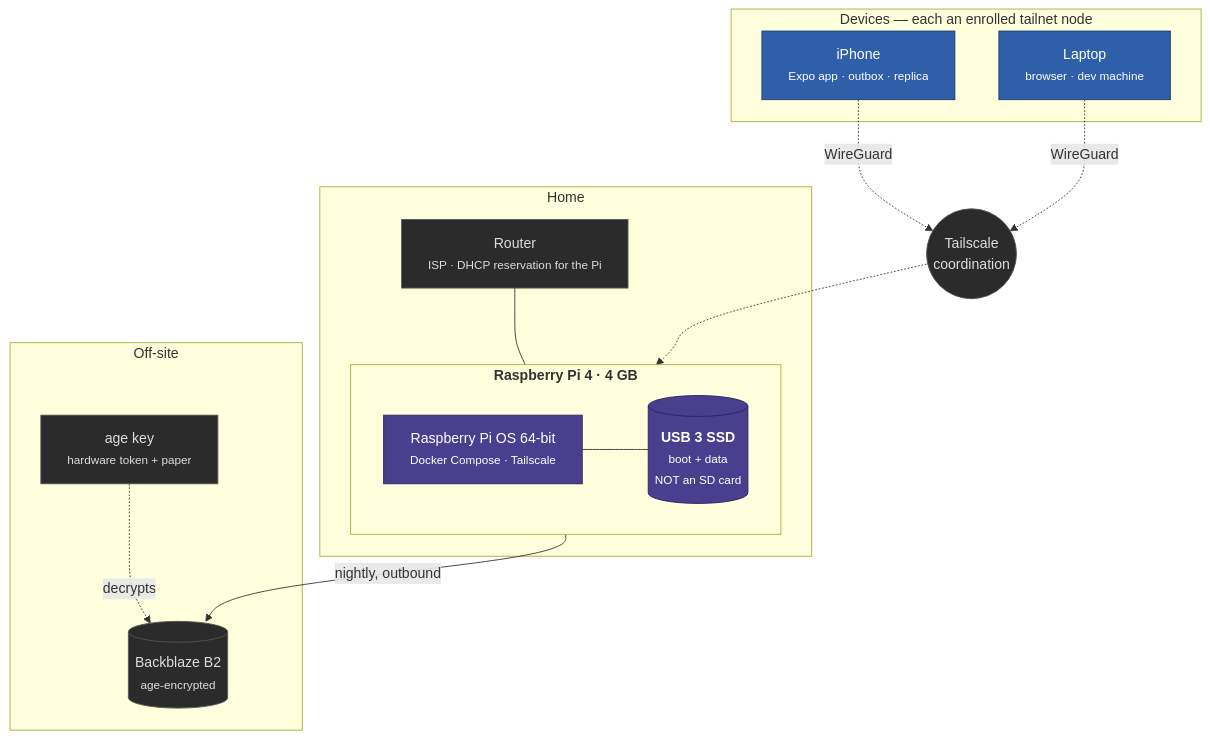
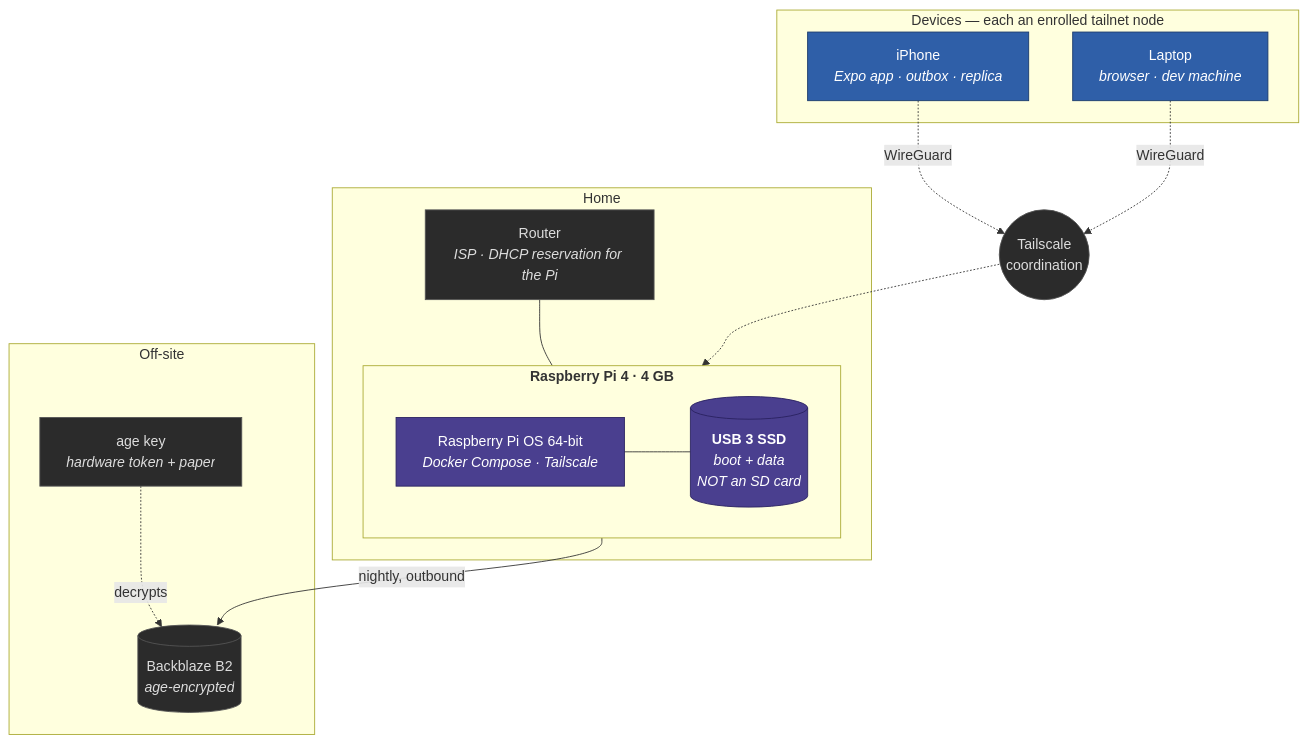
The third of 4 diagrams in docs/specification/architecture/01-context-and-containers.md (VoltLightning/waltning), drawn with Mermaid before and after one commit. The commit also changed other lines of this file and 15 other files, not shown here.

````diff
--- a/docs/specification/architecture/01-context-and-containers.md
+++ b/docs/specification/architecture/01-context-and-containers.md
@@ -145,35 +145,35 @@
 ```mermaid
 graph TB
     subgraph home["Home"]
-        ROUTER["Router<br/><small>ISP · DHCP reservation for the Pi</small>"]
+        ROUTER["Router<br/><i>ISP · DHCP reservation for the Pi</i>"]
         subgraph pi["<b>Raspberry Pi 4 · 4 GB</b>"]
-            SSD[("<b>USB 3 SSD</b><br/><small>boot + data<br/>NOT an SD card</small>")]
-            OS["Raspberry Pi OS 64-bit<br/><small>Docker Compose · Tailscale</small>"]
+            SSD[("<b>USB 3 SSD</b><br/><i>boot + data<br/>NOT an SD card</i>")]
+            OS["Raspberry Pi OS 64-bit<br/><i>Docker Compose · Tailscale</i>"]
             OS --- SSD
         end
         ROUTER --- pi
     end
 
     subgraph devices["Devices — each an enrolled tailnet node"]
-        PHONE["iPhone<br/><small>Expo app · outbox · replica</small>"]
-        LAPTOP["Laptop<br/><small>browser · dev machine</small>"]
+        PHONE["iPhone<br/><i>Expo app · outbox · replica</i>"]
+        LAPTOP["Laptop<br/><i>browser · dev machine</i>"]
     end
 
     subgraph off["Off-site"]
-        B2[("Backblaze B2<br/><small>age-encrypted</small>")]
-        KEY["age key<br/><small>hardware token + paper</small>"]
+        B2[("Backblaze B2<br/><i>age-encrypted</i>")]
+        KEY["age key<br/><i>hardware token + paper</i>"]
     end
 
     PHONE -.->|WireGuard| TS(("Tailscale<br/>coordination"))
     LAPTOP -.->|WireGuard| TS
     TS -.-> pi
     pi -->|nightly, outbound| B2
     KEY -.->|decrypts| B2
 
     classDef hw fill:#4a3f8f,stroke:#2a2260,color:#fff
     classDef dev fill:#2f5fa8,stroke:#1a3a6b,color:#fff
     classDef ext fill:#2b2b2b,stroke:#555,color:#ddd
     class SSD,OS hw
     class PHONE,LAPTOP dev
     class B2,KEY,TS,ROUTER ext
 ```
````
